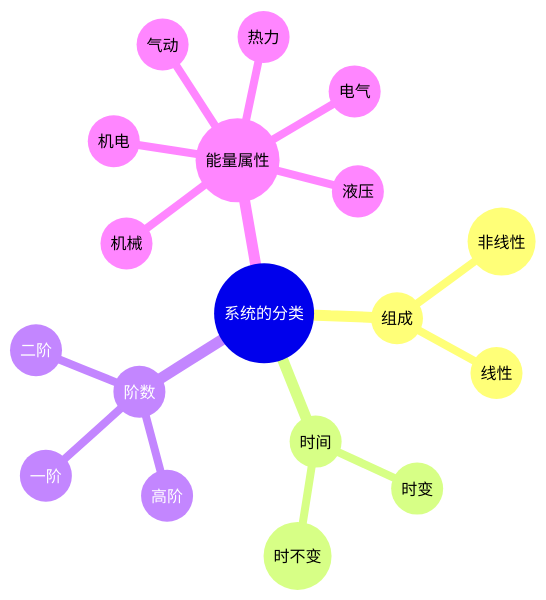
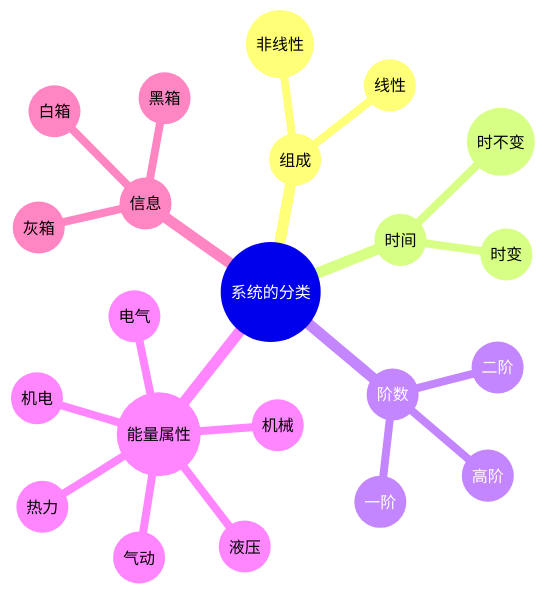
The diagram in src/site/notes/系统.md (UNLINEARITY/Atlas-of-Control-and-AI), drawn with Mermaid before and after one commit. The commit also changed other lines of this file and 90 other files, not shown here.

````diff
--- a/src/site/notes/系统.md
+++ b/src/site/notes/系统.md
@@ -32,21 +32,25 @@
 ```mermaid
 mindmap
 root((  系统的分类 ))
 	((组成))
 		((线性))
 		((非线性))
 	((时间))
 		((时变))
 		((时不变))
 	((阶数))
 		((一阶))
 		((二阶))
 		((高阶))
 	((能量属性))
 		((电气))
 		((机械))
 		((机电))
 		((气动))
 		((液压))
 		((热力))
+	((信息))
+		((白箱))
+		((黑箱))
+		((灰箱))
 ```
````
